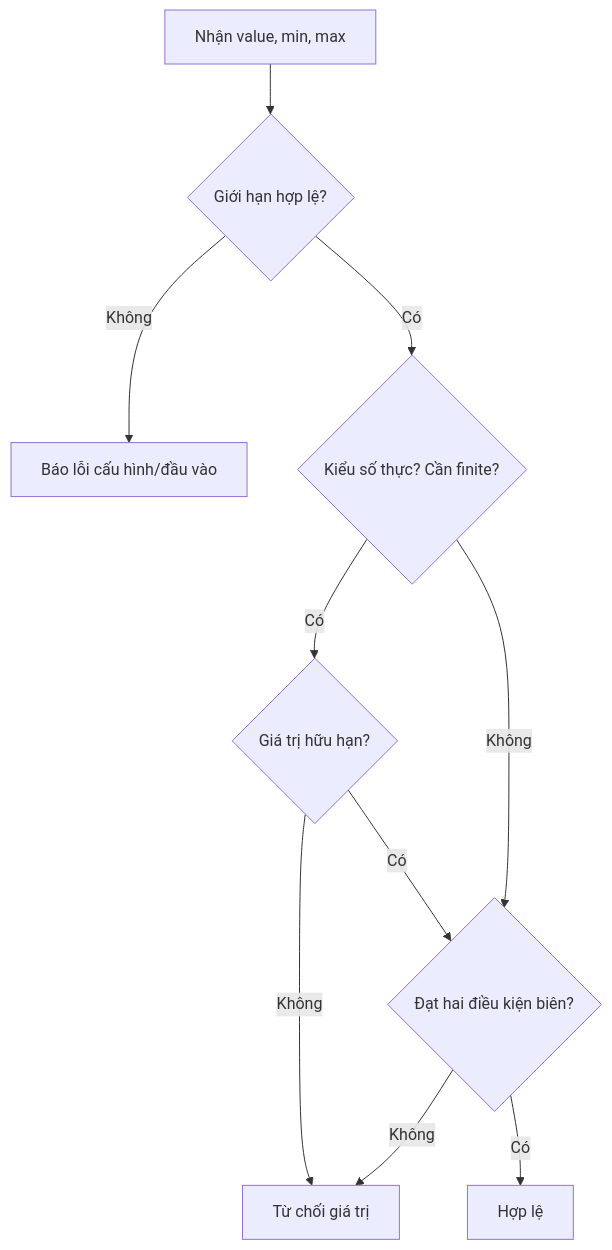
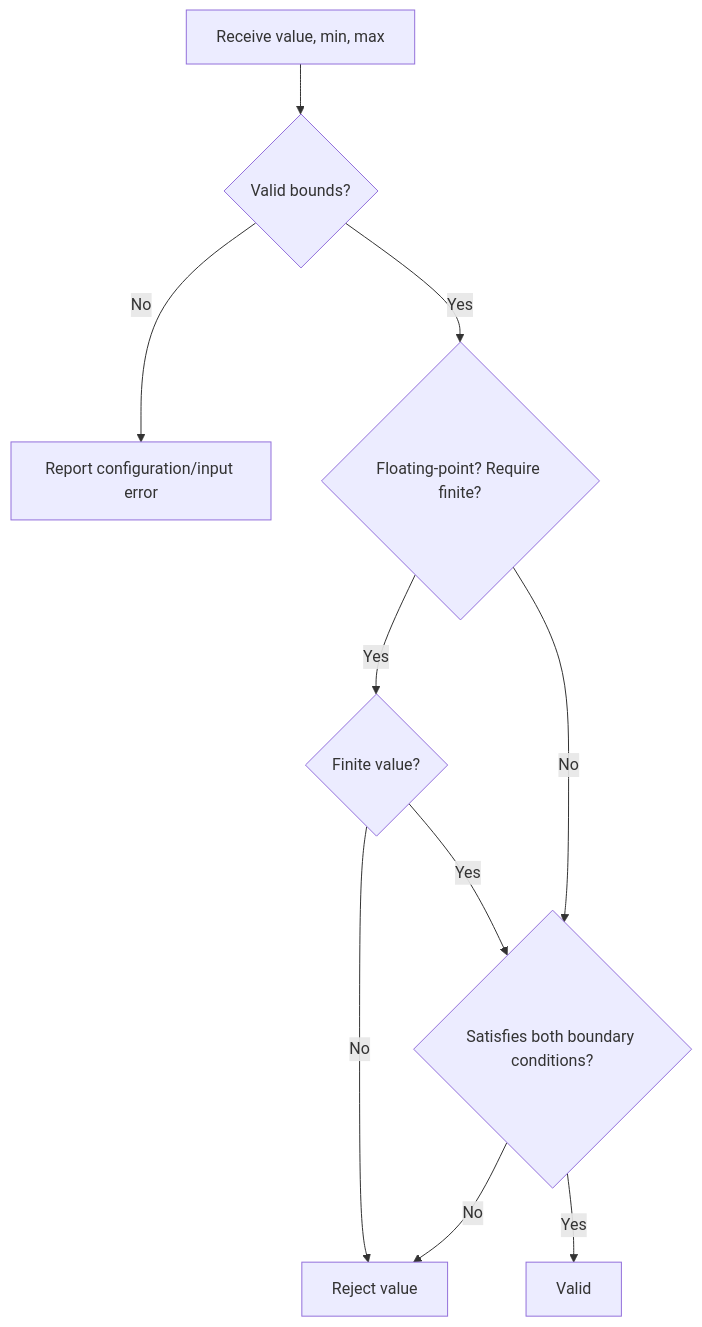
Before and after one commit to phuongnguyenit93/learning-platform-data: the diagram in module/platform/development/programming/language/java/core/language-basics/content/knowledge/en/16.comparisons/comparisons-008.md, drawn with Mermaid. The commit also changed other lines of this file and 2307 other files, not shown here.

```diff
--- a/module/platform/development/programming/language/java/core/language-basics/content/knowledge/en/16.comparisons/comparisons-008.md
+++ b/module/platform/development/programming/language/java/core/language-basics/content/knowledge/en/16.comparisons/comparisons-008.md
@@ -310,12 +310,12 @@
 ~~~mermaid
 flowchart TD
-    A["Nhận value, min, max"] --> B{"Giới hạn hợp lệ?"}
-    B -- "Không" --> C["Báo lỗi cấu hình/đầu vào"]
-    B -- "Có" --> D{"Kiểu số thực? Cần finite?"}
-    D -- "Có" --> E{"Giá trị hữu hạn?"}
-    E -- "Không" --> F["Từ chối giá trị"]
-    E -- "Có" --> G{"Đạt hai điều kiện biên?"}
-    D -- "Không" --> G
-    G -- "Có" --> H["Hợp lệ"]
-    G -- "Không" --> F
+    A["Receive value, min, max"] --> B{"Valid bounds?"}
+    B -- "No" --> C["Report configuration/input error"]
+    B -- "Yes" --> D{"Floating-point? Require finite?"}
+    D -- "Yes" --> E{"Finite value?"}
+    E -- "No" --> F["Reject value"]
+    E -- "Yes" --> G{"Satisfies both boundary conditions?"}
+    D -- "No" --> G
+    G -- "Yes" --> H["Valid"]
+    G -- "No" --> F
 ~~~
```
